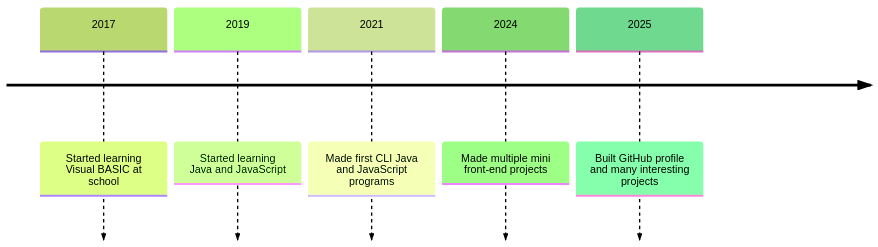
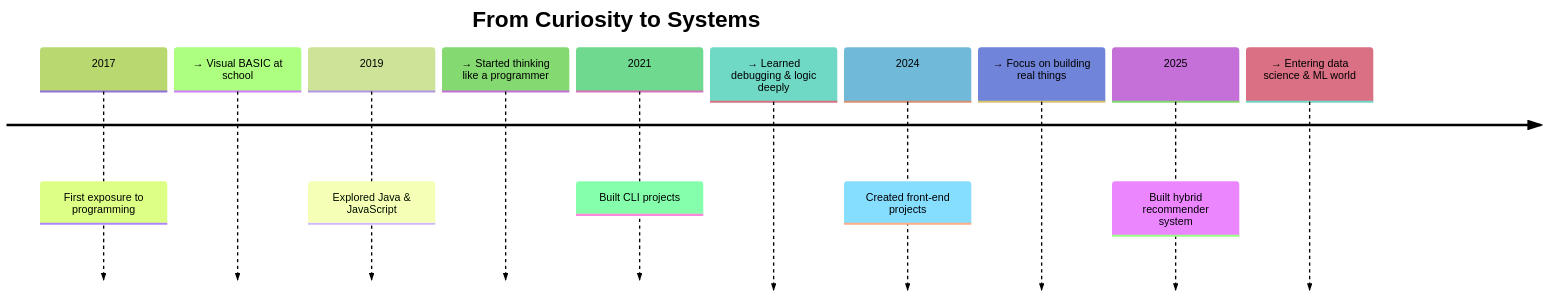
Before and after one commit to HeX-ecutioner/HeX-ecutioner: the diagram in README.md, drawn with Mermaid (forest theme). The commit also changed other lines of this file, not shown here.

````diff
--- a/README.md
+++ b/README.md
@@ -65,8 +62,19 @@
 ```mermaid
 timeline
-  2017 : Started learning Visual BASIC at school
-  2019 : Started learning Java and JavaScript
-  2021 : Made first CLI Java and JavaScript programs
-  2024 : Made multiple mini front-end projects
-  2025 : Built GitHub profile and many interesting projects
+    title From Curiosity to Systems
+
+    2017 : First exposure to programming  
+           → Visual BASIC at school  
+
+    2019 : Explored Java & JavaScript  
+           → Started thinking like a programmer  
+
+    2021 : Built CLI projects  
+           → Learned debugging & logic deeply  
+
+    2024 : Created front-end projects  
+           → Focus on building real things  
+
+    2025 : Built hybrid recommender system  
+           → Entering data science & ML world
 ```
````
